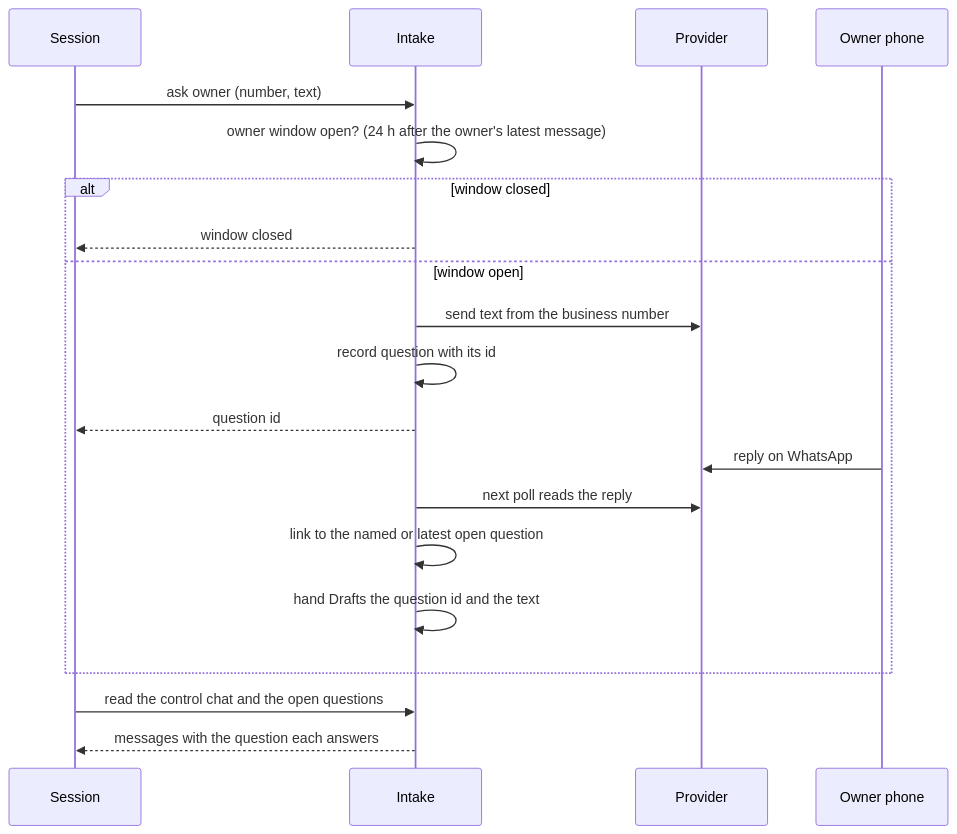
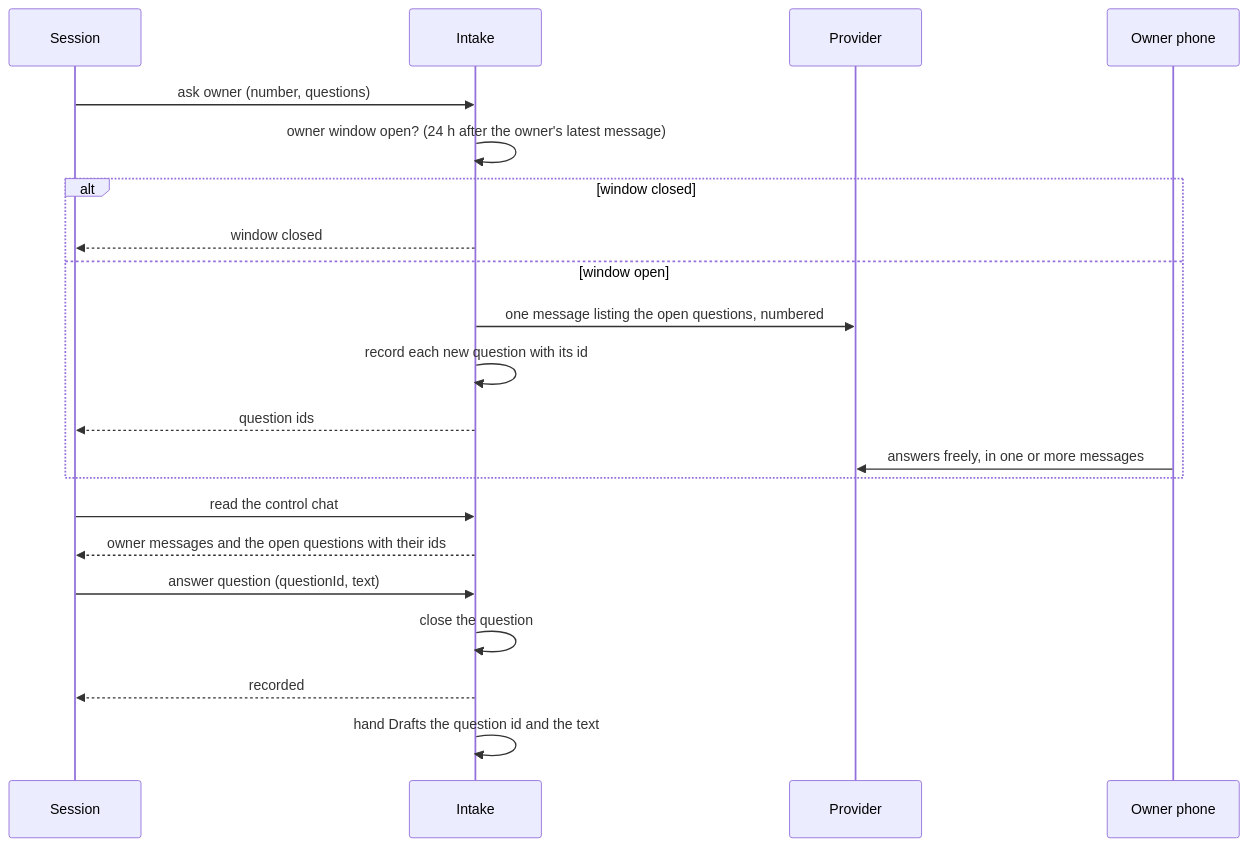
Before and after one commit to antonygiomarxdev/deputy: the second of 2 diagrams in docs/intake/tp/TP-05-pilot-owner-chat-and-tools.md, drawn with Mermaid. The commit also changed other lines of this file and 10 other files, not shown here.

Commit message:
docs: batch the owner's questions and let the session record each answer

````diff
--- a/docs/intake/tp/TP-05-pilot-owner-chat-and-tools.md
+++ b/docs/intake/tp/TP-05-pilot-owner-chat-and-tools.md
@@ -80,22 +81,23 @@
 ```mermaid
 sequenceDiagram
   participant S as Session
   participant I as Intake
   participant P as Provider
   participant O as Owner phone
-  S->>I: ask owner (number, text)
+  S->>I: ask owner (number, questions)
   I->>I: owner window open? (24 h after the owner's latest message)
   alt window closed
     I-->>S: window closed
   else window open
-    I->>P: send text from the business number
-    I->>I: record question with its id
-    I-->>S: question id
-    O->>P: reply on WhatsApp
-    I->>P: next poll reads the reply
-    I->>I: link to the named or latest open question
-    I->>I: hand Drafts the question id and the text
+    I->>P: one message listing the open questions, numbered
+    I->>I: record each new question with its id
+    I-->>S: question ids
+    O->>P: answers freely, in one or more messages
   end
-  S->>I: read the control chat and the open questions
-  I-->>S: messages with the question each answers
+  S->>I: read the control chat
+  I-->>S: owner messages and the open questions with their ids
+  S->>I: answer question (questionId, text)
+  I->>I: close the question
+  I-->>S: recorded
+  I->>I: hand Drafts the question id and the text
 ```
````
